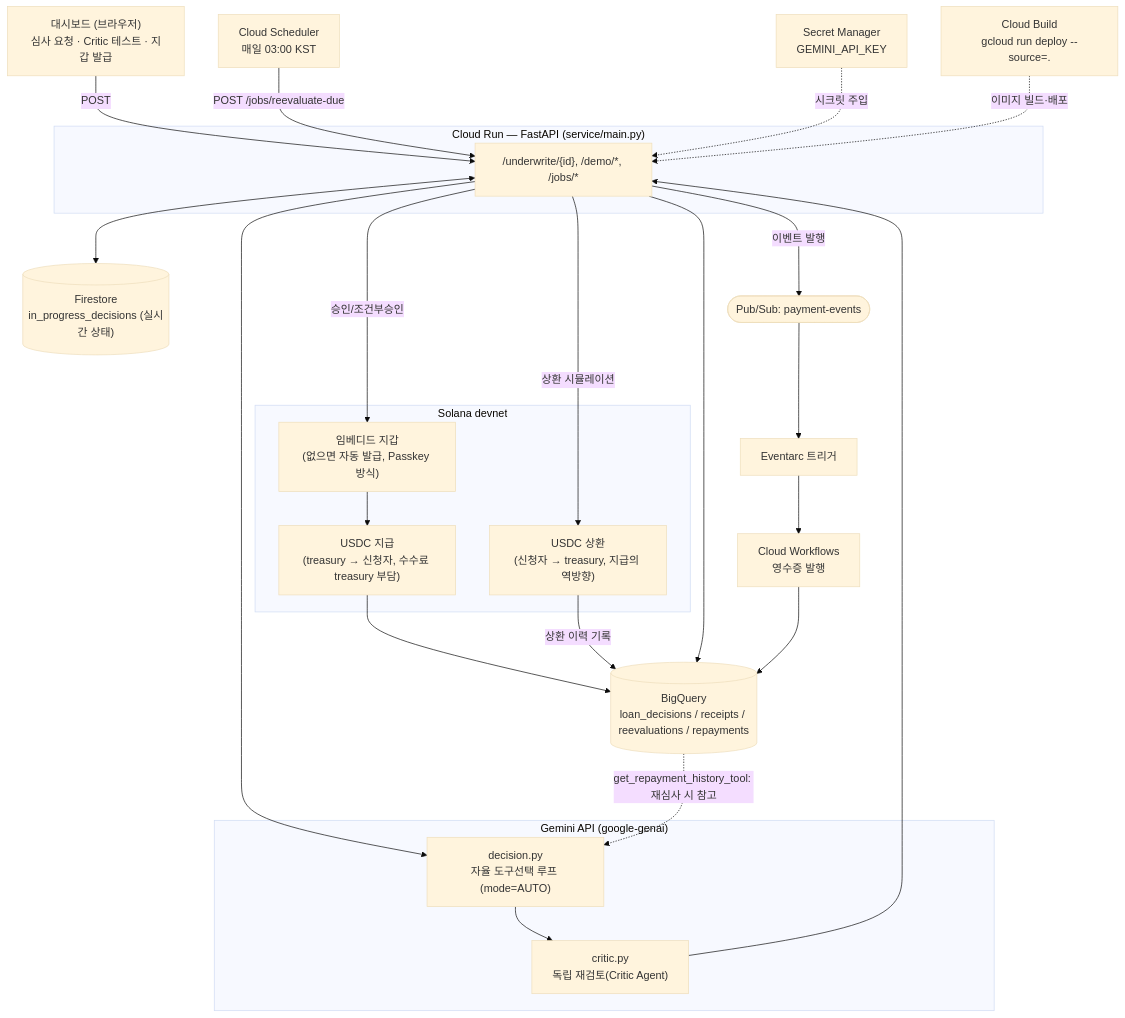
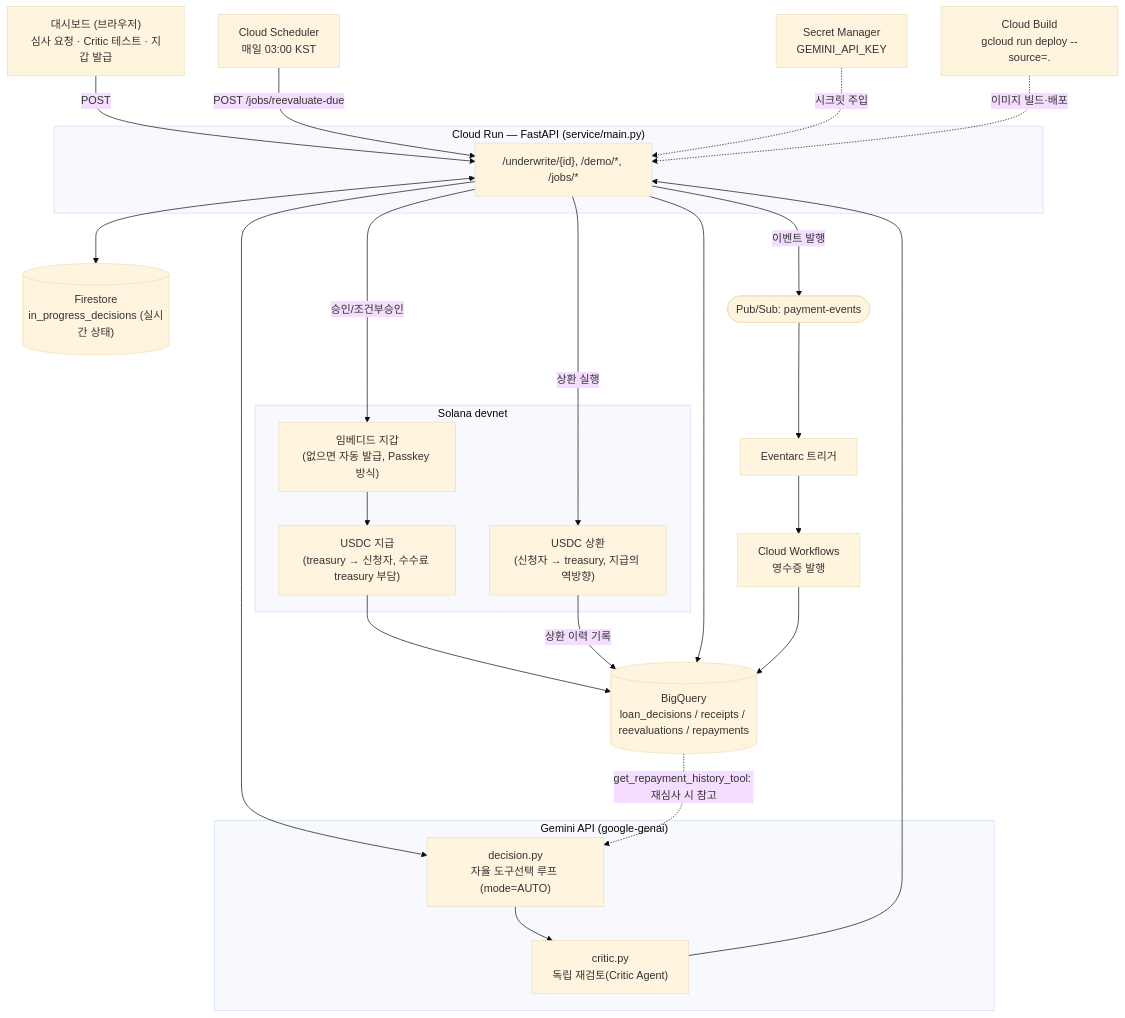
One commit to sujin-1015/creditflow-ai-agent changed the diagram in README.md. Above: the diagram before and after it, drawn with Mermaid (base theme). The commit also changed 3 other files, not shown here.

````diff
--- a/README.md
+++ b/README.md
@@ -43,44 +43,44 @@
 ```mermaid
 flowchart TB
     Browser["대시보드 (브라우저)<br/>심사 요청 · Critic 테스트 · 지갑 발급"]
 
     subgraph Run["Cloud Run — FastAPI (service/main.py)"]
         API["/underwrite/{id}, /demo/*, /jobs/*"]
     end
 
     subgraph AI["Gemini API (google-genai)"]
         Decision["decision.py<br/>자율 도구선택 루프 (mode=AUTO)"]
         Critic["critic.py<br/>독립 재검토(Critic Agent)"]
     end
 
     subgraph Chain["Solana devnet"]
         Wallet["임베디드 지갑<br/>(없으면 자동 발급, Passkey 방식)"]
         Transfer["USDC 지급<br/>(treasury → 신청자, 수수료 treasury 부담)"]
         Repay["USDC 상환<br/>(신청자 → treasury, 지급의 역방향)"]
     end
 
     BQ[("BigQuery<br/>loan_decisions / receipts / reevaluations / repayments")]
     FS[("Firestore<br/>in_progress_decisions (실시간 상태)")]
     PS(["Pub/Sub: payment-events"])
     EA["Eventarc 트리거"]
     WF["Cloud Workflows<br/>영수증 발행"]
     SCH["Cloud Scheduler<br/>매일 03:00 KST"]
     SM["Secret Manager<br/>GEMINI_API_KEY"]
     CB["Cloud Build<br/>gcloud run deploy --source=."]
 
     Browser -->|POST| API
     API <--> FS
     API --> Decision --> Critic
     Critic --> API
     API -->|승인/조건부승인| Wallet --> Transfer
-    API -->|상환 시뮬레이션| Repay
+    API -->|상환 실행| Repay
     Transfer --> BQ
     Repay -->|상환 이력 기록| BQ
     BQ -.->|get_repayment_history_tool: 재심사 시 참고| Decision
     API --> BQ
     API -->|이벤트 발행| PS --> EA --> WF --> BQ
     SCH -->|POST /jobs/reevaluate-due| API
 
     SM -.->|시크릿 주입| API
     CB -.->|이미지 빌드·배포| API
 ```
````
